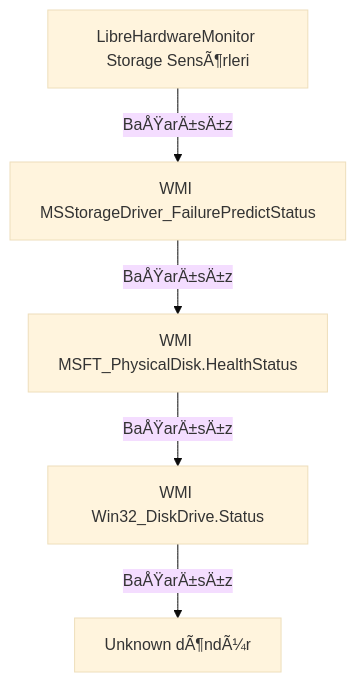
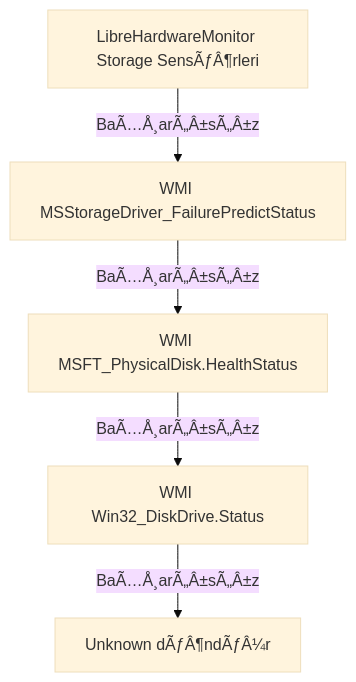
Before and after one commit to siklone/RegProbe: the fifth of 7 diagrams in Docs/ARCHITECTURE_DEEP_DIVE.md, drawn with Mermaid (base theme). The commit also changed other lines of this file and 9 other files, not shown here.

````diff
--- a/Docs/ARCHITECTURE_DEEP_DIVE.md
+++ b/Docs/ARCHITECTURE_DEEP_DIVE.md
@@ -129,7 +129,7 @@
 ```mermaid
 graph TD
-    A[LibreHardwareMonitor Storage SensÃ¶rleri] -->|BaÅŸarÄ±sÄ±z| B[WMI MSStorageDriver_FailurePredictStatus]
-    B -->|BaÅŸarÄ±sÄ±z| C[WMI MSFT_PhysicalDisk.HealthStatus]
-    C -->|BaÅŸarÄ±sÄ±z| D[WMI Win32_DiskDrive.Status]
-    D -->|BaÅŸarÄ±sÄ±z| E["Unknown" dÃ¶ndÃ¼r]
+    A[LibreHardwareMonitor Storage SensÃƒÂ¶rleri] -->|BaÃ…Å¸arÃ„Â±sÃ„Â±z| B[WMI MSStorageDriver_FailurePredictStatus]
+    B -->|BaÃ…Å¸arÃ„Â±sÃ„Â±z| C[WMI MSFT_PhysicalDisk.HealthStatus]
+    C -->|BaÃ…Å¸arÃ„Â±sÃ„Â±z| D[WMI Win32_DiskDrive.Status]
+    D -->|BaÃ…Å¸arÃ„Â±sÃ„Â±z| E["Unknown" dÃƒÂ¶ndÃƒÂ¼r]
 ```
````
